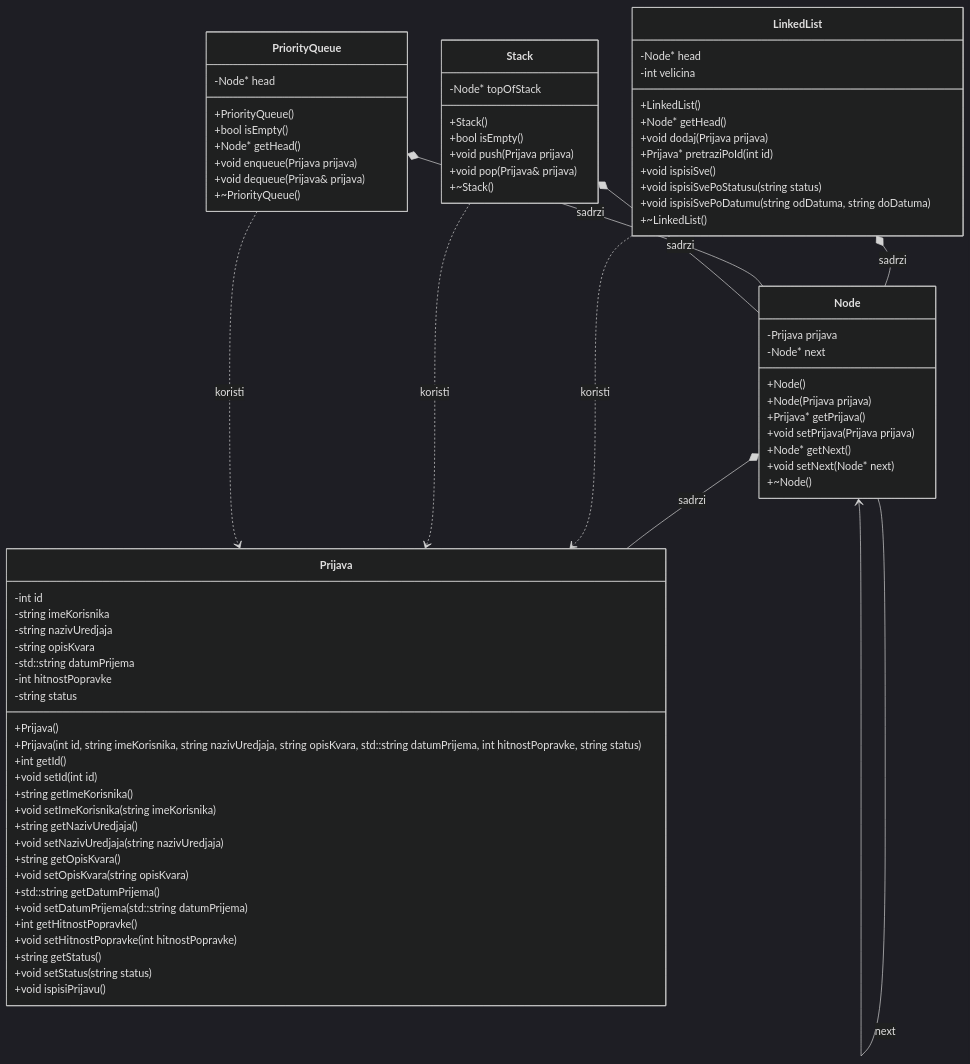
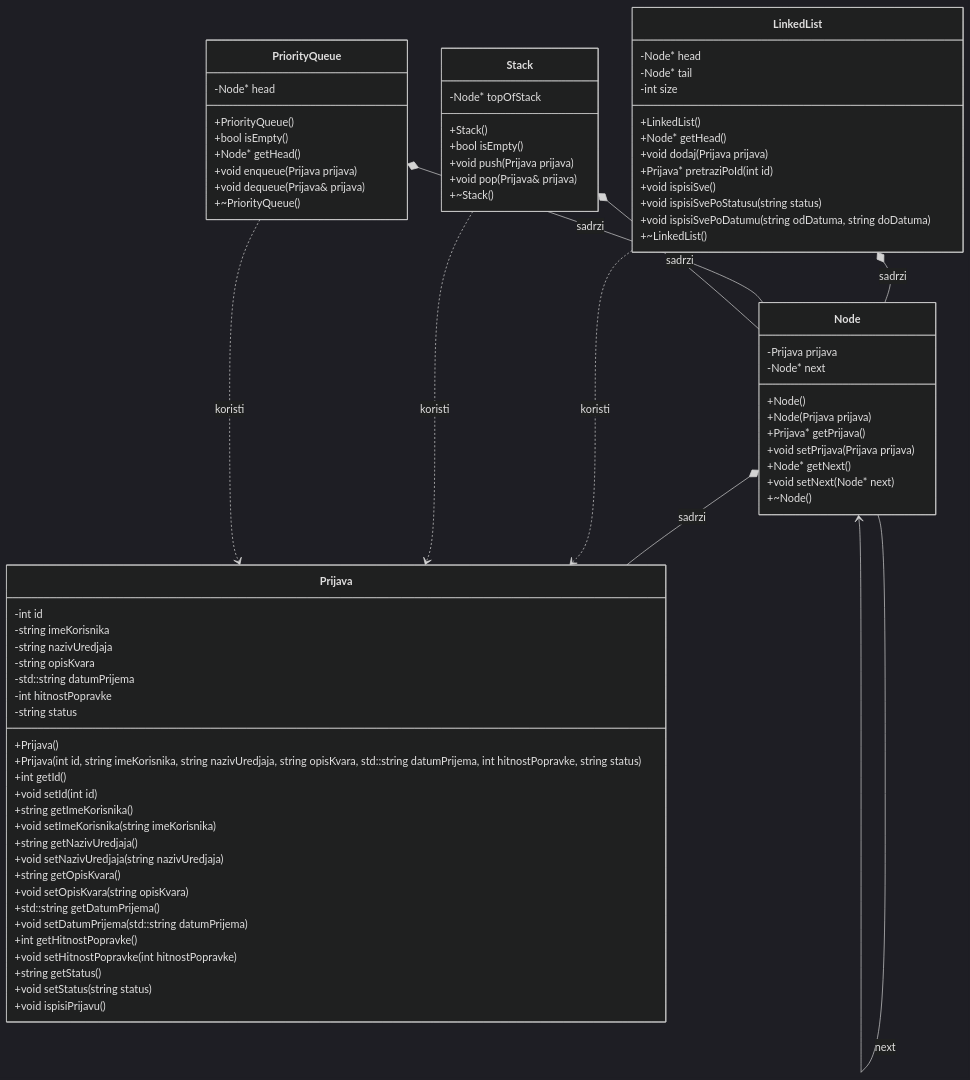
One commit to janantelj/Zadaca1 changed the diagram in README.md. Above: the diagram before and after it, drawn with Mermaid (dark theme). The commit also changed 5 other files, not shown here.

```diff
--- a/README.md
+++ b/README.md
@@ -63,7 +63,8 @@
 
     class LinkedList{
         -Node* head
-        -int velicina
+        -Node* tail
+        -int size
 
         +LinkedList()
         +Node* getHead()
```
